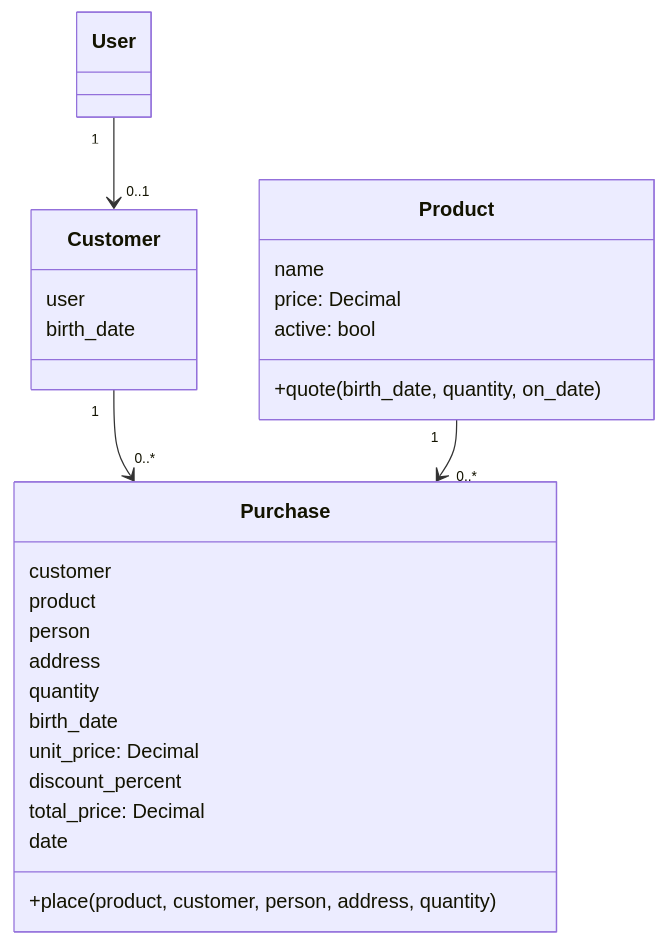
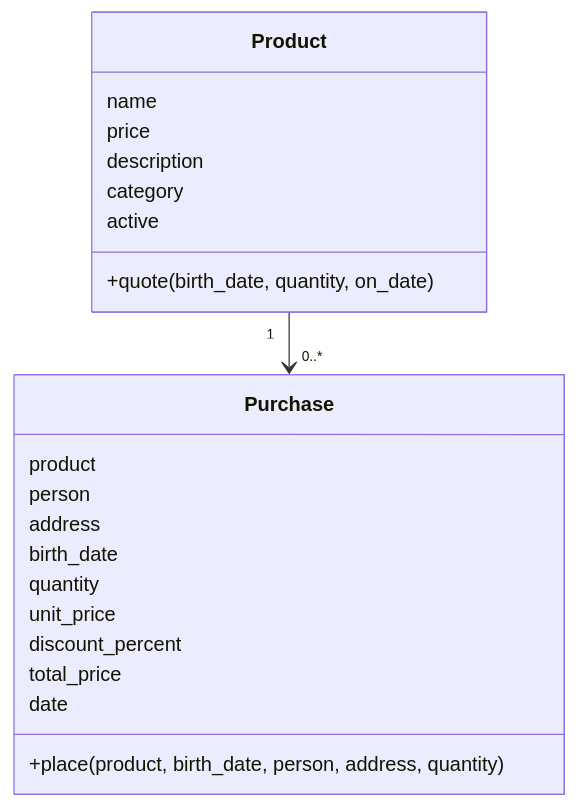
One commit to asartem9855/PTLab2 changed the second of 2 diagrams in README.md. Above: the diagram before and after it, drawn with Mermaid. The commit also changed other lines of this file and 26 other files, not shown here.

````diff
--- a/README.md
+++ b/README.md
@@ -45,29 +69,24 @@
 ```mermaid
 classDiagram
-    User "1" --> "0..1" Customer
-    Customer "1" --> "0..*" Purchase
     Product "1" --> "0..*" Purchase
-    class Customer {
-        user
-        birth_date
-    }
     class Product {
         name
-        price: Decimal
-        active: bool
+        price
+        description
+        category
+        active
         +quote(birth_date, quantity, on_date)
     }
     class Purchase {
-        customer
         product
         person
         address
+        birth_date
         quantity
-        birth_date
-        unit_price: Decimal
+        unit_price
         discount_percent
-        total_price: Decimal
+        total_price
         date
-        +place(product, customer, person, address, quantity)
+        +place(product, birth_date, person, address, quantity)
     }
 ```
````
